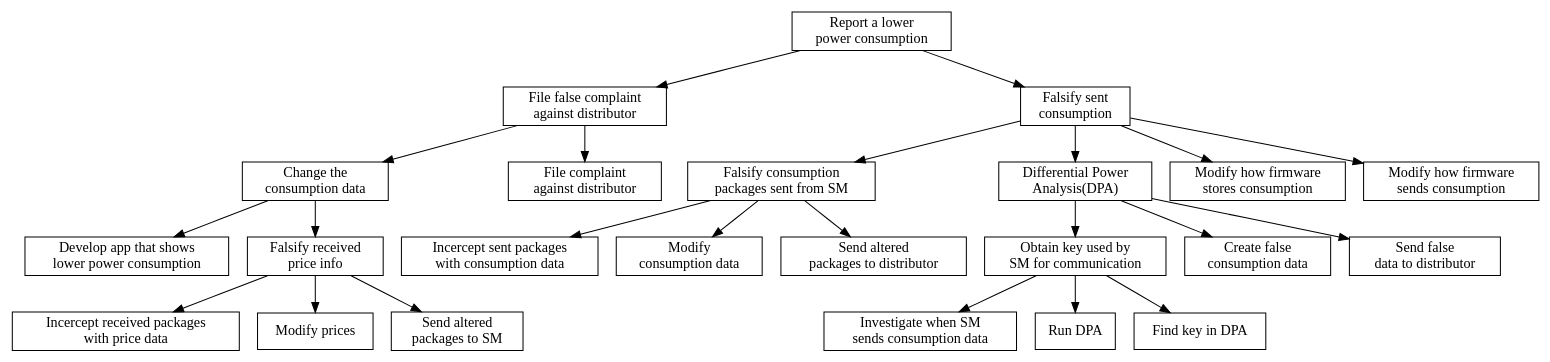
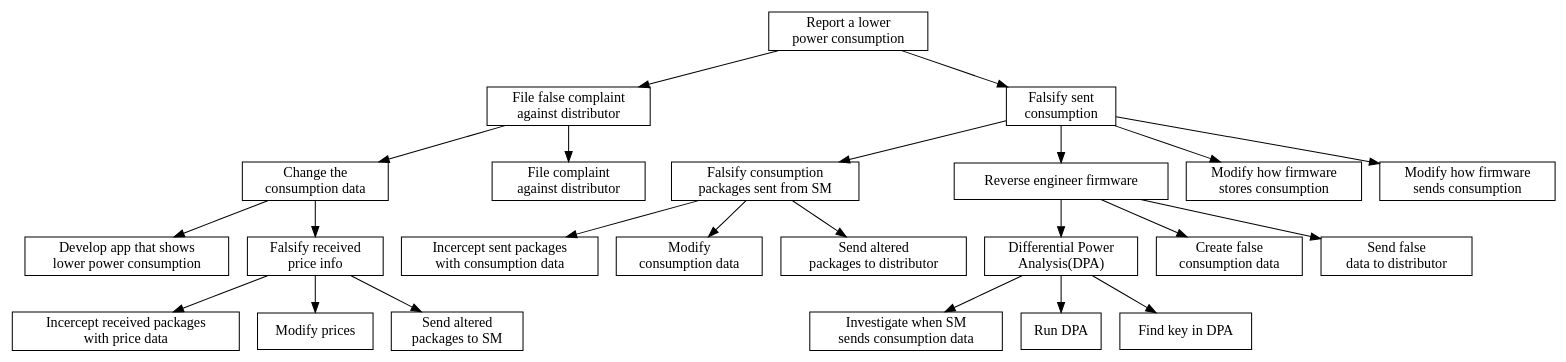
The diagram in figures/graphviz/consumer.dot (des904e15/report), drawn with Graphviz before and after one commit. The commit also changed 31 other files, not shown here.

```diff
--- a/figures/graphviz/consumer.dot
+++ b/figures/graphviz/consumer.dot
@@ -1,72 +1,72 @@
 digraph G {
 
 // graph[ center=true, margin=0.2, nodesep=0.1, ranksep=0.3];
 node[ shape=rectangle];
 
 root [label="Report a lower \npower consumption", shape=OR];
 complaint [label="File false complaint \nagainst distributor",shape=AND];
 falsify [label="Falsify sent \nconsumption",shape=OR];
 
 
 
 //COMPLAINT SUBTREE
 root -> complaint;
 
 forgeConsumptionData[shape=OR];
 forgeConsumptionData[label="Change the \nconsumption data"];
 complaint -> forgeConsumptionData
 fileComplaint[label="File complaint \nagainst distributor"]
 complaint -> fileComplaint
 
 app[label="Develop app that shows \nlower power consumption"];
 forgeConsumptionData ->  app;
 
 falsifyReceived[label="Falsify received \nprice info",shape=AND];
 forgeConsumptionData -> falsifyReceived;
 interceptReceived[label="Incercept received packages \nwith price data"];
 modifyPrices[label="Modify prices"];
 resendToSM[label="Send altered \npackages to SM"];
 falsifyReceived -> interceptReceived;
 falsifyReceived -> modifyPrices;
 falsifyReceived -> resendToSM;
 
 
 //FALSIFY SUBTREE
 root -> falsify;
 
 package[label="Falsify consumption \npackages sent from SM",shape=AND];
 falsify ->	package;
 intercept[label="Incercept sent packages \nwith consumption data"];
 modify[label="Modify \nconsumption data"];
 resend[label="Send altered \npackages to distributor"]
 package -> intercept;
 package -> modify;
 package -> resend;
 
-DPA[label="Differential Power \nAnalysis(DPA)",shape=AND];
-falsify -> DPA;
-DPA -> obtainKey;
+reverseEngineer[label="Reverse engineer firmware",shape=AND];
+falsify -> reverseEngineer;
+reverseEngineer -> obtainKey;
 whenSend[label="Investigate when SM \nsends consumption data"];
-obtainKey[label="Obtain key used by \nSM for communication",shape=AND];
+obtainKey[label="Differential Power \nAnalysis(DPA)",shape=AND];
 obtainKey -> whenSend;
 performDPA[label="Run DPA"]
 obtainKey -> performDPA;
 findKeyInDPA[label="Find key in DPA"];
 obtainKey -> findKeyInDPA;
 createFalseConsumptionData[label="Create false \nconsumption data"];
-DPA -> createFalseConsumptionData;
+reverseEngineer -> createFalseConsumptionData;
 sendFalseData[label="Send false \ndata to distributor"]
-DPA -> sendFalseData;
+reverseEngineer -> sendFalseData;
 
 ModifyFWstore[label="Modify how firmware \nstores consumption"];
 falsify -> ModifyFWstore;
 
 
 ModifyFWsend[label="Modify how firmware \nsends consumption"];
 falsify -> ModifyFWsend;
 
 
 
 
 
 }
```
